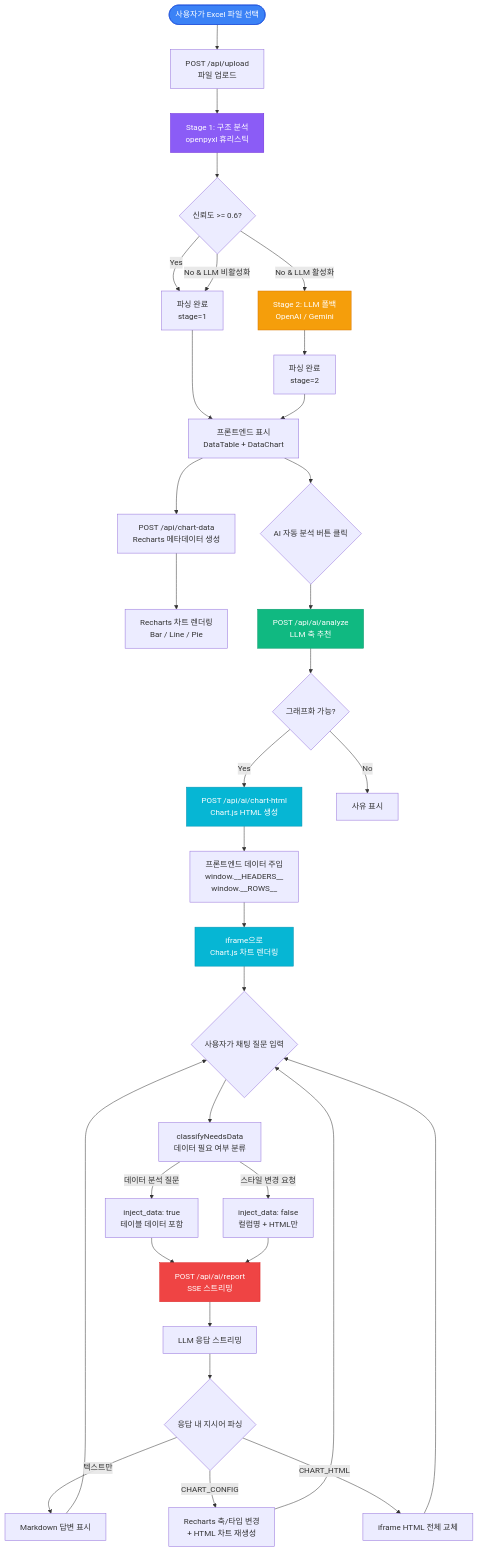
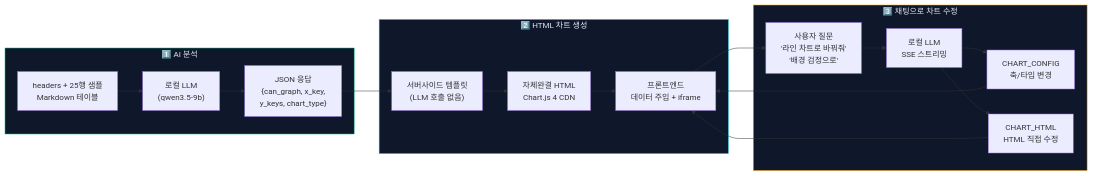
The second of 2 diagrams in README.md (jay-jaeyong/Excel-Parser), drawn with Mermaid before and after one commit. The commit also changed other lines of this file, not shown here.

Commit message:
📝 Add AI-focused flowcharts; focus on local LLM flow

````diff
--- a/README.md
+++ b/README.md
@@ -102,57 +78,26 @@
 ```mermaid
-flowchart TD
-    Start([사용자가 Excel 파일 선택]) --> Upload[POST /api/upload<br/>파일 업로드]
-    
-    Upload --> S1[Stage 1: 구조 분석<br/>openpyxl 휴리스틱]
-    S1 --> ConfCheck{신뢰도 >= 0.6?}
-    
-    ConfCheck -->|Yes| ParseDone[파싱 완료<br/>stage=1]
-    ConfCheck -->|No & LLM 활성화| S2[Stage 2: LLM 폴백<br/>OpenAI / Gemini]
-    ConfCheck -->|No & LLM 비활성화| ParseDone
-    S2 --> ParseDone2[파싱 완료<br/>stage=2]
-    
-    ParseDone --> Display
-    ParseDone2 --> Display
-    
-    Display[프론트엔드 표시<br/>DataTable + DataChart] --> ChartData[POST /api/chart-data<br/>Recharts 메타데이터 생성]
-    ChartData --> Render[Recharts 차트 렌더링<br/>Bar / Line / Pie]
-    
-    Display --> AIBtn{"AI 자동 분석" 버튼 클릭}
-    
-    AIBtn --> Analyze[POST /api/ai/analyze<br/>LLM 축 추천]
-    Analyze --> CanGraph{그래프화 가능?}
-    
-    CanGraph -->|Yes| GenHTML[POST /api/ai/chart-html<br/>Chart.js HTML 생성]
-    CanGraph -->|No| NoGraph[사유 표시]
-    
-    GenHTML --> Inject[프론트엔드 데이터 주입<br/>window.__HEADERS__<br/>window.__ROWS__]
-    Inject --> IFrame[iframe으로<br/>Chart.js 차트 렌더링]
-    
-    IFrame --> Chat{사용자가 채팅 질문 입력}
-    
-    Chat --> Classify[classifyNeedsData<br/>데이터 필요 여부 분류]
-    Classify -->|데이터 분석 질문| WithData[inject_data: true<br/>테이블 데이터 포함]
-    Classify -->|스타일 변경 요청| NoData[inject_data: false<br/>컬럼명 + HTML만]
-    
-    WithData --> SSE[POST /api/ai/report<br/>SSE 스트리밍]
-    NoData --> SSE
-    
-    SSE --> Stream[LLM 응답 스트리밍]
-    Stream --> Parse{응답 내 지시어 파싱}
-    
-    Parse -->|텍스트만| MD[Markdown 답변 표시]
-    Parse -->|CHART_CONFIG| UpdateAxes[Recharts 축/타입 변경<br/>+ HTML 차트 재생성]
-    Parse -->|CHART_HTML| ReplaceHTML[iframe HTML 전체 교체]
-    
-    UpdateAxes --> Chat
-    ReplaceHTML --> Chat
-    MD --> Chat
+flowchart LR
+    subgraph Step1["1️⃣ AI 분석"]
+        Data[headers + 25행 샘플<br/>Markdown 테이블] --> LLM1["로컬 LLM<br/>(qwen3.5-9b)"]
+        LLM1 --> Result["JSON 응답<br/>{can_graph, x_key,<br/>y_keys, chart_type}"]
+    end
 
-    style Start fill:#3b82f6,stroke:#1d4ed8,color:#fff
-    style S1 fill:#8b5cf6,stroke:#6d28d9,color:#fff
-    style S2 fill:#f59e0b,stroke:#d97706,color:#fff
-    style Analyze fill:#10b981,stroke:#059669,color:#fff
-    style SSE fill:#ef4444,stroke:#dc2626,color:#fff
-    style IFrame fill:#06b6d4,stroke:#0891b2,color:#fff
-    style GenHTML fill:#06b6d4,stroke:#0891b2,color:#fff
+    subgraph Step2["2️⃣ HTML 차트 생성"]
+        Result --> Template["서버사이드 템플릿<br/>(LLM 호출 없음)"]
+        Template --> HTML["자체완결 HTML<br/>Chart.js 4 CDN"]
+        HTML --> FE["프론트엔드<br/>데이터 주입 + iframe"]
+    end
+
+    subgraph Step3["3️⃣ 채팅으로 차트 수정"]
+        FE --> Q["사용자 질문<br/>'라인 차트로 바꿔줘'<br/>'배경 검정으로'"]
+        Q --> LLM2["로컬 LLM<br/>SSE 스트리밍"]
+        LLM2 --> D1["CHART_CONFIG<br/>축/타입 변경"]
+        LLM2 --> D2["CHART_HTML<br/>HTML 직접 수정"]
+        D1 --> FE
+        D2 --> FE
+    end
+
+    style Step1 fill:#0f172a,stroke:#10b981,color:#e2e8f0
+    style Step2 fill:#0f172a,stroke:#06b6d4,color:#e2e8f0
+    style Step3 fill:#0f172a,stroke:#f59e0b,color:#e2e8f0
 ```
````
